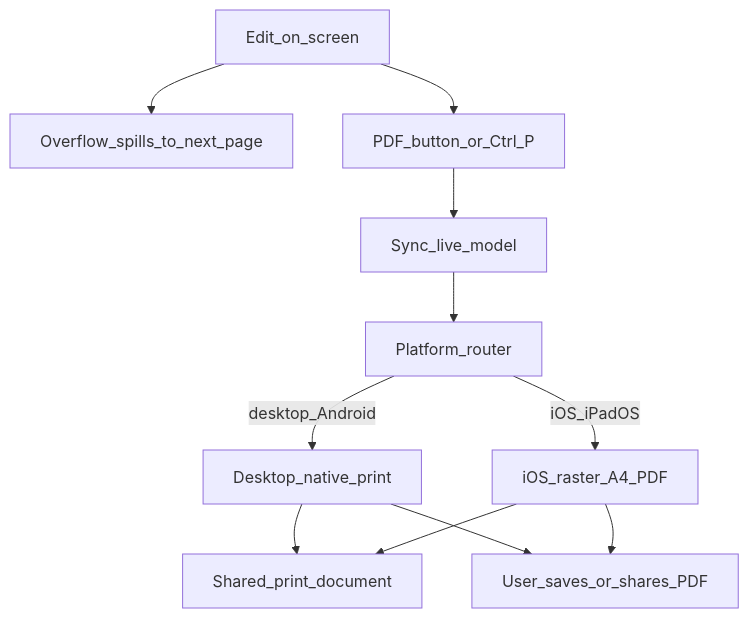
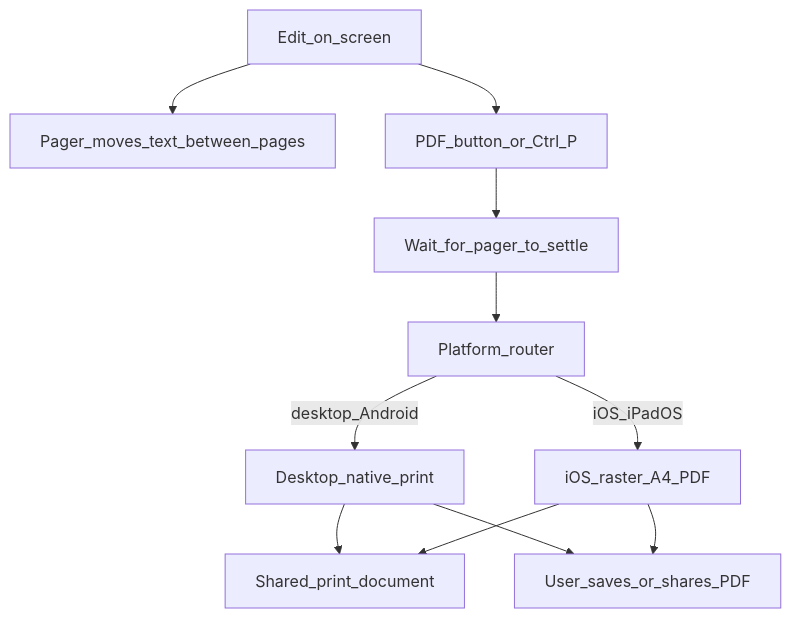
One commit to arverma/Bihar-Police-Notebook changed the diagram in docs/components/templates.md. Above: the diagram before and after it, drawn with Mermaid. The commit also changed other lines of this file and 94 other files, not shown here.

````diff
--- a/docs/components/templates.md
+++ b/docs/components/templates.md
@@ -14,23 +14,23 @@
 ```mermaid
 flowchart TD
   edit[Edit_on_screen]
-  spill[Overflow_spills_to_next_page]
+  spill[Pager_moves_text_between_pages]
   pdfBtn[PDF_button_or_Ctrl_P]
-  sync[Sync_live_model]
+  sync[Wait_for_pager_to_settle]
   route[Platform_router]
   clone[Shared_print_document]
   native[Desktop_native_print]
   raster[iOS_raster_A4_PDF]
   save[User_saves_or_shares_PDF]
 
   edit --> spill
   edit --> pdfBtn
   pdfBtn --> sync
   sync --> route
   route -->|desktop_Android| native
   route -->|iOS_iPadOS| raster
   native --> clone
   raster --> clone
   native --> save
   raster --> save
 ```
````
